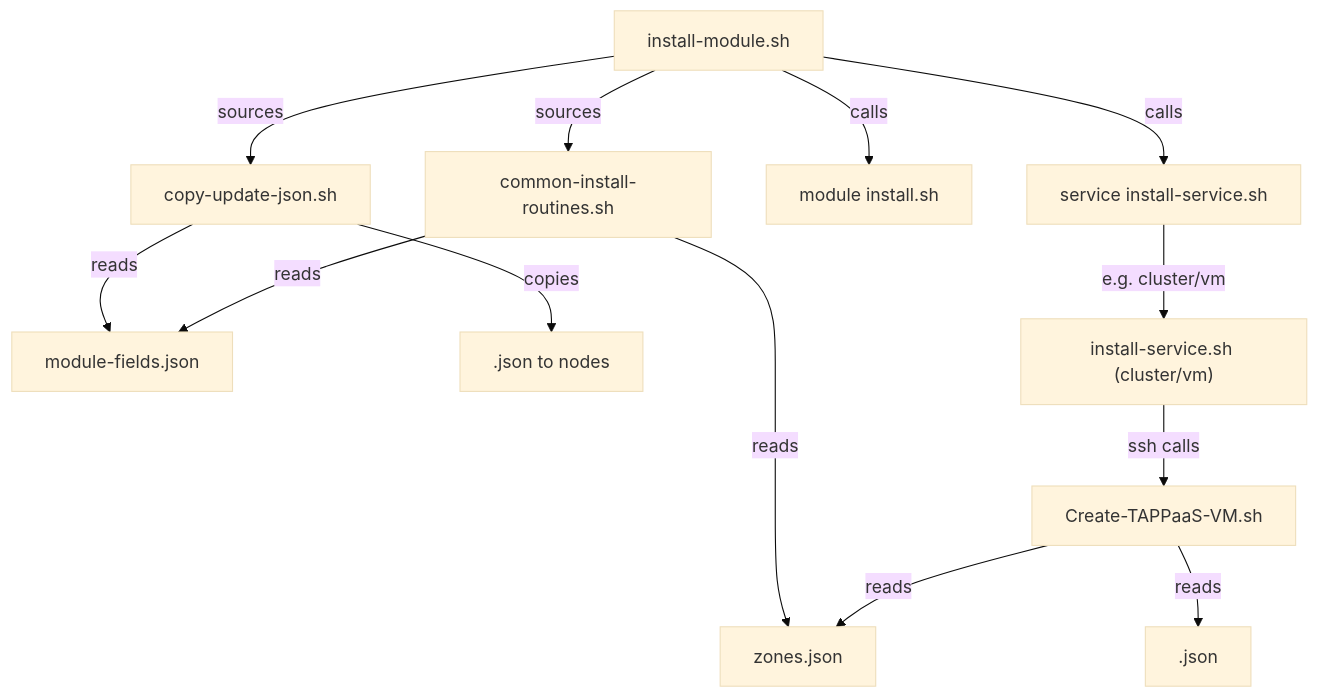
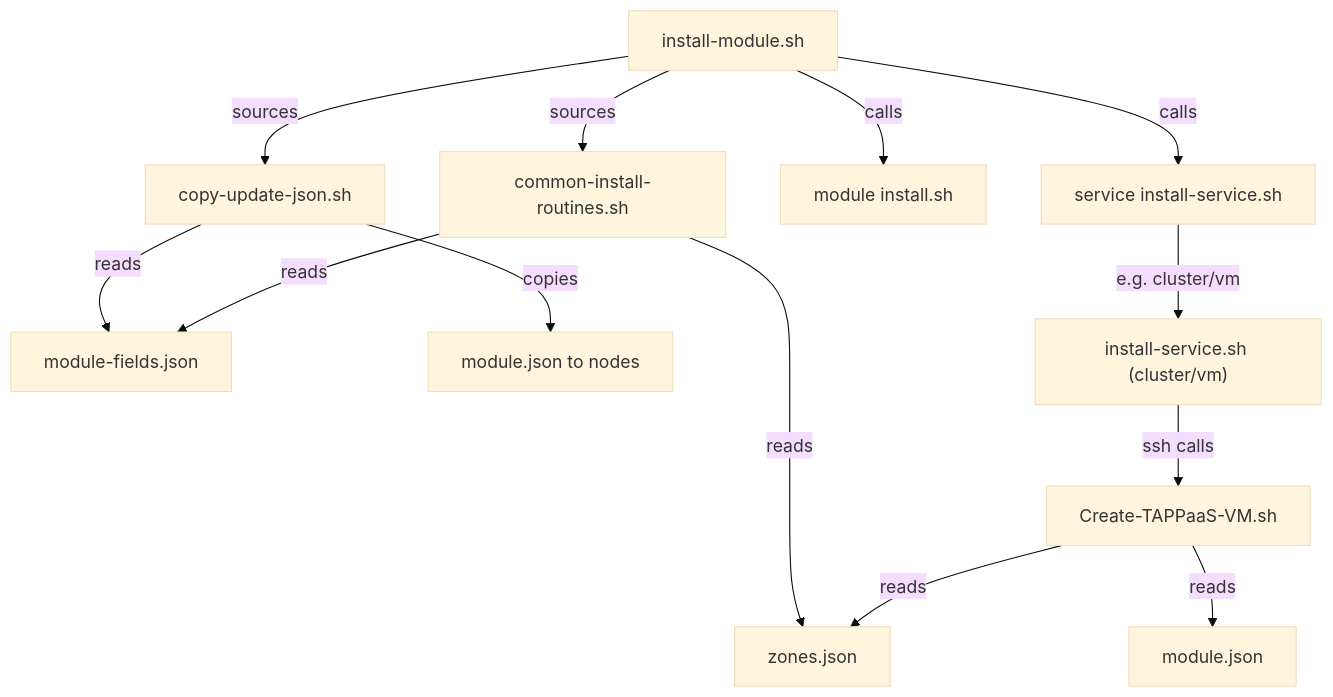
The third of 11 diagrams in src/foundation/DEPENDENCIES.md (TAPPaaS/TAPPaaS), drawn with Mermaid (base theme) before and after one commit. The commit also changed other lines of this file and 4 other files, not shown here.

````diff
--- a/src/foundation/DEPENDENCIES.md
+++ b/src/foundation/DEPENDENCIES.md
@@ -123,19 +144,19 @@
 ```mermaid
 graph TD
     A[install-module.sh] -->|sources| B[copy-update-json.sh]
     A -->|sources| C[common-install-routines.sh]
     A -->|calls| D["module install.sh"]
     A -->|calls| E["service install-service.sh"]
 
     B -->|reads| F[module-fields.json]
-    B -->|copies| G["<module>.json to nodes"]
+    B -->|copies| G["module.json to nodes"]
 
     C -->|reads| F
     C -->|reads| H[zones.json]
 
     E -->|e.g. cluster/vm| I["install-service.sh (cluster/vm)"]
     I -->|ssh calls| J[Create-TAPPaaS-VM.sh]
 
-    J -->|reads| K["<module>.json"]
+    J -->|reads| K["module.json"]
     J -->|reads| H
 ```
````
